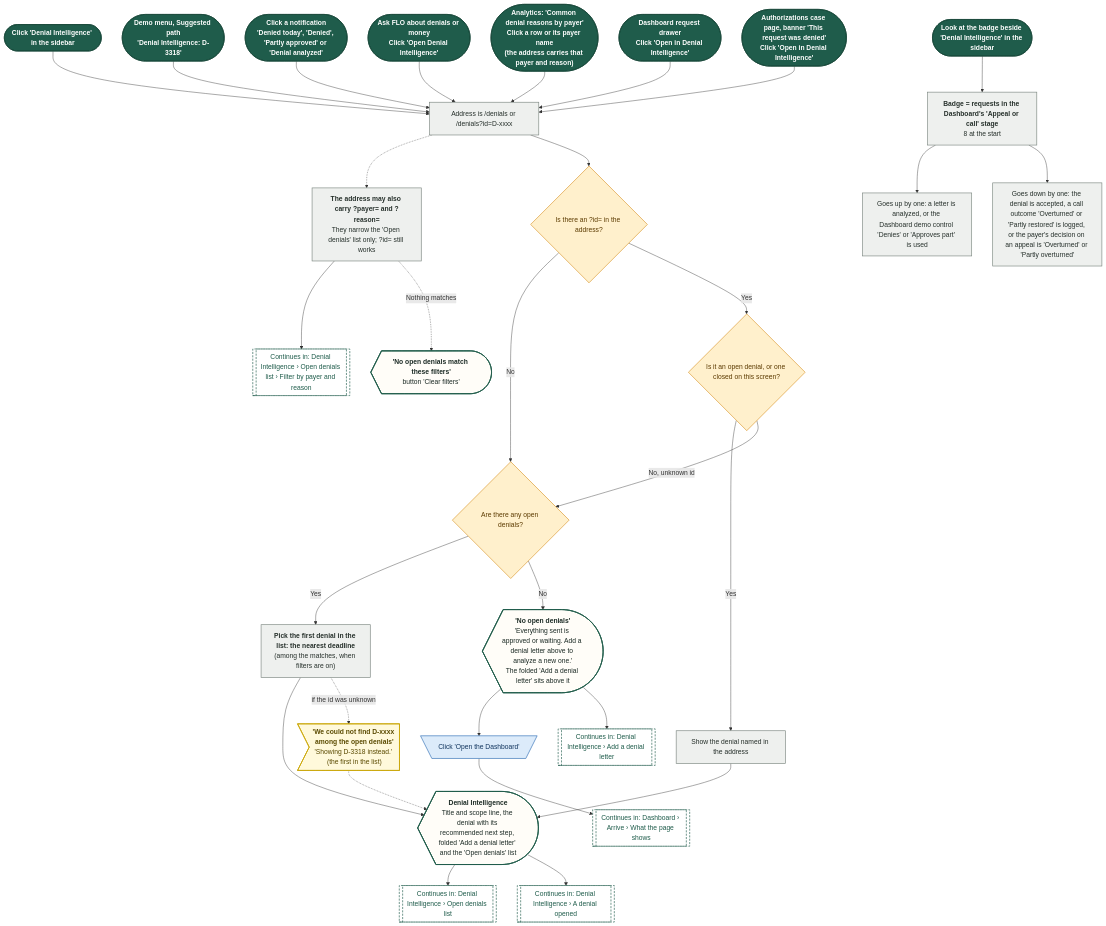
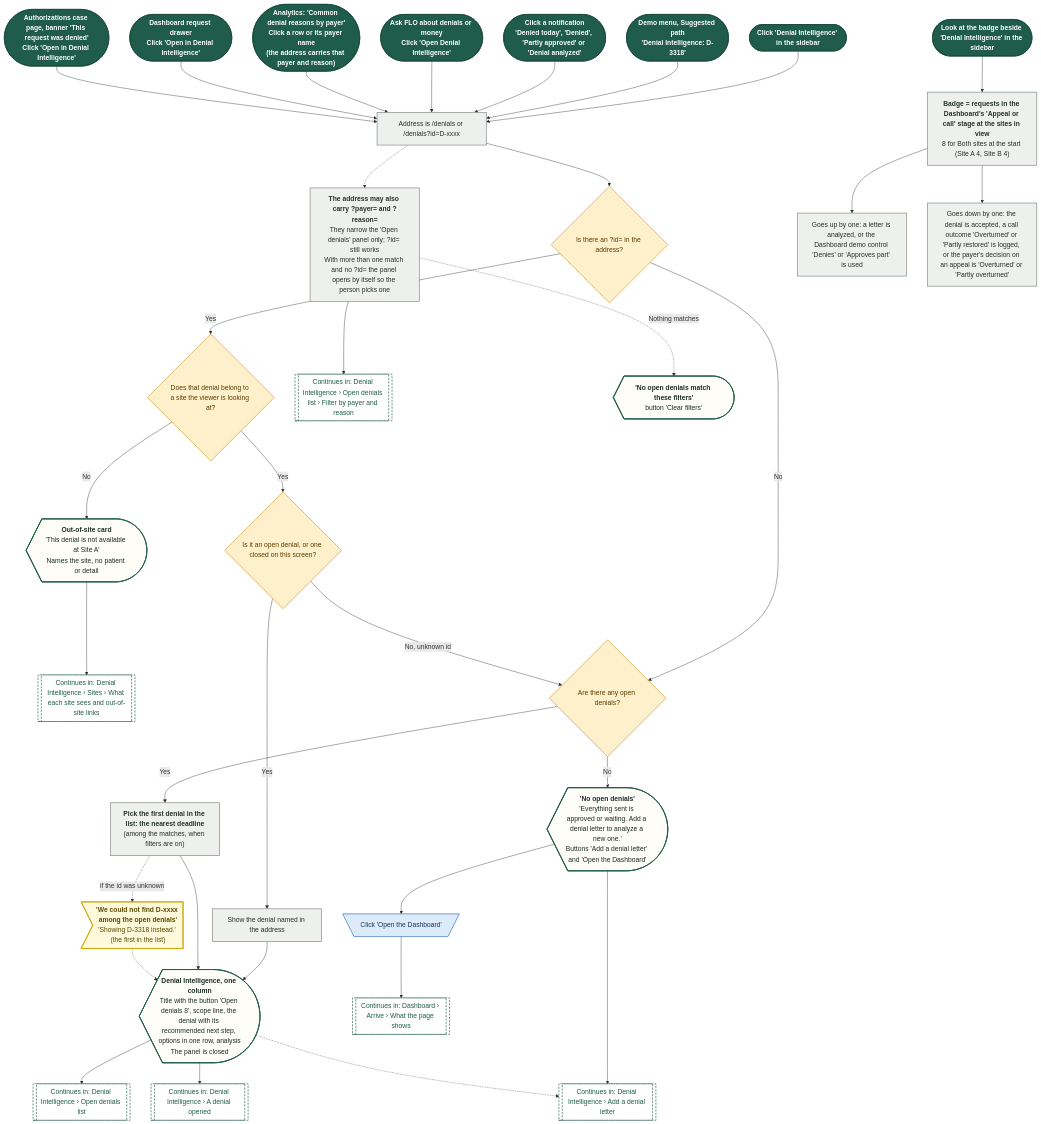
Before and after one commit to Shrav143/psyfloapp: the first of 28 diagrams in demos/prior-auth-demo/workflows/out/md/06-denials.md, drawn with Mermaid. The commit also changed other lines of this file and 251 other files, not shown here.

First line of the commit message:
docs: rebuild the workflow diagrams (291) for round 4

````diff
--- a/demos/prior-auth-demo/workflows/out/md/06-denials.md
+++ b/demos/prior-auth-demo/workflows/out/md/06-denials.md
@@ -13,76 +13,82 @@
 ```mermaid
 %%{init: {"theme":"base","themeVariables":{"fontFamily":"'DM Sans', 'Segoe UI', system-ui, sans-serif","fontSize":"15px","lineColor":"#5B6B63","primaryTextColor":"#1C2B25","clusterBkg":"#FBF8F3","clusterBorder":"#D9CDBB","edgeLabelBackground":"#FFFFFF"},"flowchart":{"curve":"basis","nodeSpacing":36,"rankSpacing":48,"padding":12,"htmlLabels":true,"useMaxWidth":false,"wrappingWidth":230}} }%%
 flowchart TD
   classDef k_start fill:#1F5C4B,stroke:#174638,color:#FFFFFF,stroke-width:1.5px,font-weight:600
   classDef k_end fill:#DDEFE3,stroke:#2E7D4F,color:#14502F,stroke-width:1.5px,font-weight:600
   classDef k_endx fill:#FBE3E0,stroke:#C0392B,color:#7A1F16,stroke-width:1.5px,font-weight:600
   classDef k_screen fill:#FFFDF8,stroke:#1F5C4B,color:#1C2B25,stroke-width:2px
   classDef k_overlay fill:#F1F7F3,stroke:#1F5C4B,color:#1C2B25,stroke-width:2px,stroke-dasharray:5 3
   classDef k_click fill:#DCEBFA,stroke:#2F6DB5,color:#12365F,stroke-width:1.5px
   classDef k_input fill:#E4E7FF,stroke:#4C5FD5,color:#1D2670,stroke-width:1.5px
   classDef k_process fill:#EEF0EE,stroke:#7A857F,color:#26302B,stroke-width:1.5px
   classDef k_agent fill:#EEE5FA,stroke:#7A4FC2,color:#341A63,stroke-width:1.5px
   classDef k_decision fill:#FFF0CC,stroke:#D9962B,color:#5C3B00,stroke-width:1.5px
   classDef k_store fill:#D5F0EA,stroke:#1C8E7B,color:#0B4A3F,stroke-width:1.5px
   classDef k_doc fill:#F6E9DC,stroke:#B07A4C,color:#4A2E14,stroke-width:1.5px
   classDef k_ext fill:#FFE6D2,stroke:#E07B39,color:#6B2F06,stroke-width:1.5px
   classDef k_wait fill:#E4E8EE,stroke:#6B7C93,color:#26303D,stroke-width:1.5px
   classDef k_toast fill:#FFF9DB,stroke:#C9A400,color:#5A4A00,stroke-width:1.5px
   classDef k_goto fill:#FFFFFF,stroke:#1F5C4B,color:#1F5C4B,stroke-width:1.5px,stroke-dasharray:5 3
   s1@{ shape: stadium, label: "Click 'Denial Intelligence' in the sidebar" }
   s2@{ shape: stadium, label: "<b>Demo menu, Suggested path</b><br/>'Denial Intelligence: D-3318'" }
   s3@{ shape: stadium, label: "<b>Click a notification</b><br/>'Denied today', 'Denied', 'Partly approved' or 'Denial analyzed'" }
   s4@{ shape: stadium, label: "<b>Ask FLO about denials or money</b><br/>Click 'Open Denial Intelligence'" }
   s5@{ shape: stadium, label: "<b>Analytics: 'Common denial reasons by payer'</b><br/>Click a row or its payer name<br/>(the address carries that payer and reason)" }
   s6@{ shape: stadium, label: "<b>Dashboard request drawer</b><br/>Click 'Open in Denial Intelligence'" }
   s7@{ shape: stadium, label: "<b>Authorizations case page, banner 'This request was denied'</b><br/>Click 'Open in Denial Intelligence'" }
   p1@{ shape: rect, label: "Address is /denials or /denials?id=D-xxxx" }
   d1@{ shape: diam, label: "Is there an ?id= in the address?" }
+  dsite@{ shape: diam, label: "Does that denial belong to a site the viewer is looking at?" }
+  sos@{ shape: curv-trap, label: "<b>Out-of-site card</b><br/>'This denial is not available at Site A'<br/>Names the site, no patient or detail" }
+  gs@{ shape: subproc, label: "Continues in: Denial Intelligence › Sites › What each site sees and out-of-site links" }
   d2@{ shape: diam, label: "Is it an open denial, or one closed on this screen?" }
   d3@{ shape: diam, label: "Are there any open denials?" }
   p2@{ shape: rect, label: "<b>Pick the first denial in the list: the nearest deadline</b><br/>(among the matches, when filters are on)" }
   p3@{ shape: rect, label: "Show the denial named in the address" }
   t1@{ shape: odd, label: "<b>'We could not find D-xxxx among the open denials'</b><br/>'Showing D-3318 instead.' (the first in the list)" }
-  sc1@{ shape: curv-trap, label: "<b>Denial Intelligence</b><br/>Title and scope line, the denial with its recommended next step, folded 'Add a denial letter' and the 'Open denials' list" }
-  sc2@{ shape: curv-trap, label: "<b>'No open denials'</b><br/>'Everything sent is approved or waiting. Add a denial letter above to analyze a new one.'<br/>The folded 'Add a denial letter' sits above it" }
+  sc1@{ shape: curv-trap, label: "<b>Denial Intelligence, one column</b><br/>Title with the button 'Open denials 8', scope line, the denial with its recommended next step, options in one row, analysis<br/>The panel is closed" }
+  sc2@{ shape: curv-trap, label: "<b>'No open denials'</b><br/>'Everything sent is approved or waiting. Add a denial letter to analyze a new one.'<br/>Buttons 'Add a denial letter' and 'Open the Dashboard'" }
   c1@{ shape: trap-t, label: "Click 'Open the Dashboard'" }
   g1@{ shape: subproc, label: "Continues in: Denial Intelligence › Open denials list" }
   g2@{ shape: subproc, label: "Continues in: Denial Intelligence › A denial opened" }
   g3@{ shape: subproc, label: "Continues in: Denial Intelligence › Add a denial letter" }
   g4@{ shape: subproc, label: "Continues in: Dashboard › Arrive › What the page shows" }
-  pf@{ shape: rect, label: "<b>The address may also carry ?payer= and ?reason=</b><br/>They narrow the 'Open denials' list only; ?id= still works" }
+  pf@{ shape: rect, label: "<b>The address may also carry ?payer= and ?reason=</b><br/>They narrow the 'Open denials' panel only; ?id= still works<br/>With more than one match and no ?id= the panel opens by itself so the person picks one" }
   g5@{ shape: subproc, label: "Continues in: Denial Intelligence › Open denials list › Filter by payer and reason" }
   sc3@{ shape: curv-trap, label: "<b>'No open denials match these filters'</b><br/>button 'Clear filters'" }
   s8@{ shape: stadium, label: "Look at the badge beside 'Denial Intelligence' in the sidebar" }
-  b1@{ shape: rect, label: "<b>Badge = requests in the Dashboard's 'Appeal or call' stage</b><br/>8 at the start" }
+  b1@{ shape: rect, label: "<b>Badge = requests in the Dashboard's 'Appeal or call' stage at the sites in view</b><br/>8 for Both sites at the start (Site A 4, Site B 4)" }
   b2@{ shape: rect, label: "Goes up by one: a letter is analyzed, or the Dashboard demo control 'Denies' or 'Approves part' is used" }
   b3@{ shape: rect, label: "Goes down by one: the denial is accepted, a call outcome 'Overturned' or 'Partly restored' is logged, or the payer's decision on an appeal is 'Overturned' or 'Partly overturned'" }
   s1 --> p1
   p1 -.-> pf --> g5
   pf -.->|"Nothing matches"| sc3
   s2 --> p1
   s3 --> p1
   s4 --> p1
   s5 --> p1
   s6 --> p1
   s7 --> p1
   p1 --> d1
   d1 -->|"No"| d3
-  d1 -->|"Yes"| d2
+  d1 -->|"Yes"| dsite
+  dsite -->|"No"| sos --> gs
+  dsite -->|"Yes"| d2
   d2 -->|"Yes"| p3 --> sc1
   d2 -->|"No, unknown id"| d3
   d3 -->|"Yes"| p2 --> sc1
   p2 -.->|"if the id was unknown"| t1 -.-> sc1
   d3 -->|"No"| sc2
   sc2 --> c1 --> g4
   sc2 --> g3
   sc1 --> g1 & g2
+  sc1 -.-> g3
   s8 --> b1 --> b2 & b3
   class s1,s2,s3,s4,s5,s6,s7,s8 k_start
   class p1,p2,p3,pf,b1,b2,b3 k_process
-  class d1,d2,d3 k_decision
+  class d1,dsite,d2,d3 k_decision
+  class sos,sc1,sc2,sc3 k_screen
+  class gs,g1,g2,g3,g4,g5 k_goto
   class t1 k_toast
-  class sc1,sc2,sc3 k_screen
   class c1 k_click
-  class g1,g2,g3,g4,g5 k_goto
 ```
````
